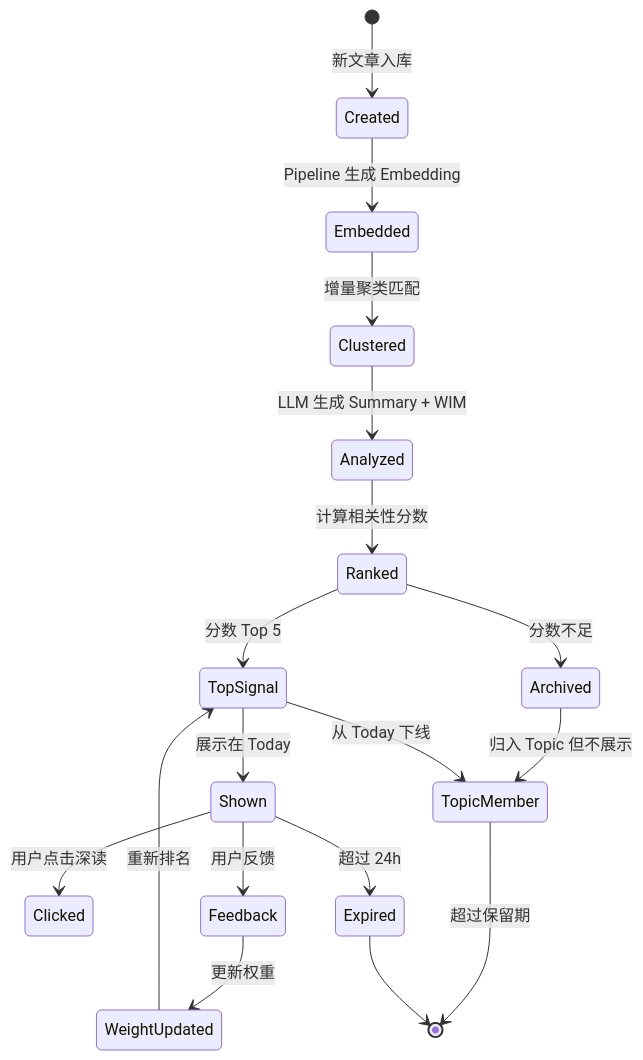
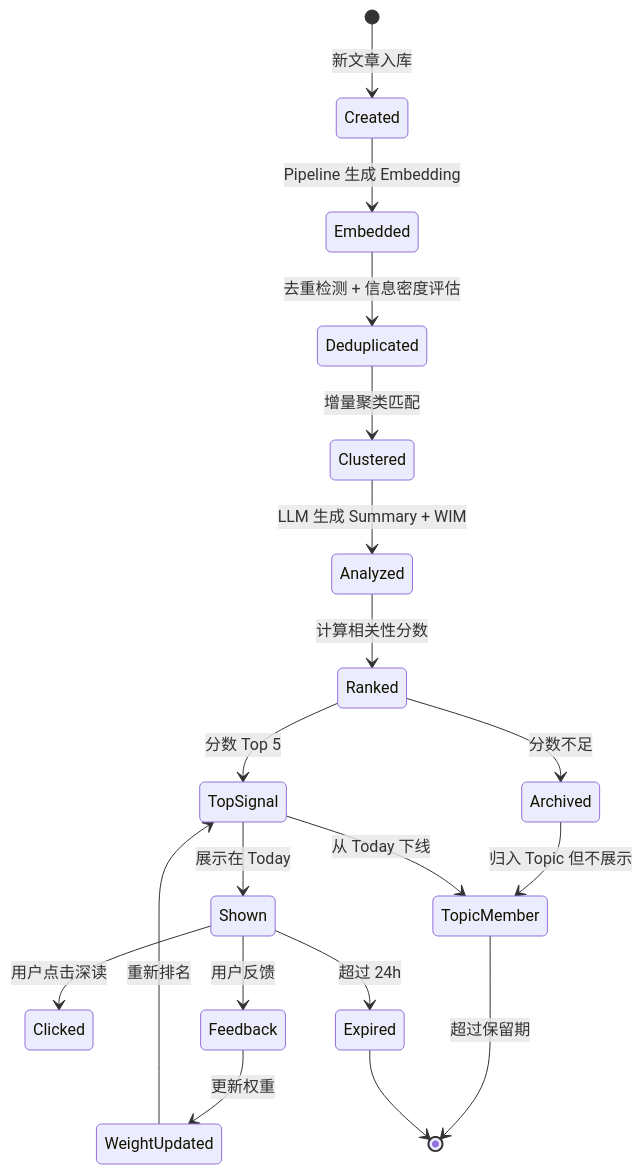
One commit to zhanglun/lettura changed the sixth of 15 diagrams in prd/technical-architecture-v0.1.md. Above: the diagram before and after it, drawn with Mermaid. The commit also changed other lines of this file and 2 other files, not shown here.

````diff
--- a/prd/technical-architecture-v0.1.md
+++ b/prd/technical-architecture-v0.1.md
@@ -228,24 +228,25 @@
 ```mermaid
 stateDiagram-v2
     [*] --> Created: 新文章入库
     Created --> Embedded: Pipeline 生成 Embedding
-    Embedded --> Clustered: 增量聚类匹配
+    Embedded --> Deduplicated: 去重检测 + 信息密度评估
+    Deduplicated --> Clustered: 增量聚类匹配
     Clustered --> Analyzed: LLM 生成 Summary + WIM
     Analyzed --> Ranked: 计算相关性分数
     Ranked --> TopSignal: 分数 Top 5
     Ranked --> Archived: 分数不足
 
     TopSignal --> Shown: 展示在 Today
     Shown --> Clicked: 用户点击深读
     Shown --> Feedback: 用户反馈
     Shown --> Expired: 超过 24h
 
     Feedback --> WeightUpdated: 更新权重
     WeightUpdated --> TopSignal: 重新排名
 
     Archived --> TopicMember: 归入 Topic 但不展示
     TopSignal --> TopicMember: 从 Today 下线
 
     TopicMember --> [*]: 超过保留期
     Expired --> [*]
 ```
````
